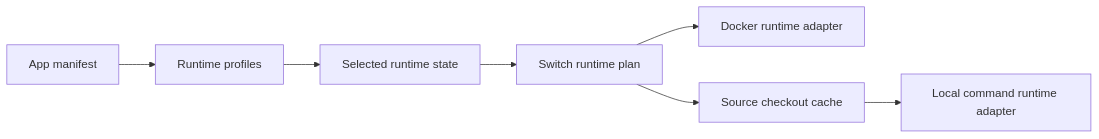
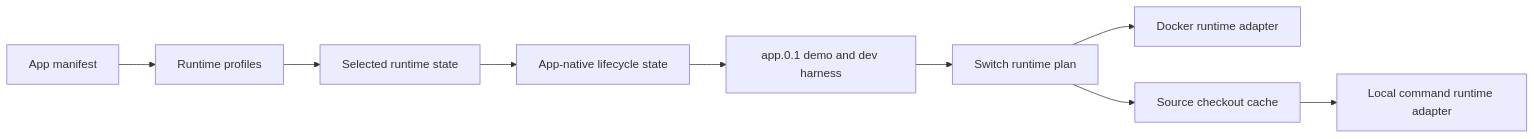
Before and after one commit to alex-de-haas/docker-host: the diagram in docs/planning/runtime-profiles-and-source-runtimes.md, drawn with Mermaid. The commit also changed other lines of this file and 21 other files, not shown here.

Commit message:
Refactor app lifecycle storage into apps.json

````diff
--- a/docs/planning/runtime-profiles-and-source-runtimes.md
+++ b/docs/planning/runtime-profiles-and-source-runtimes.md
@@ -17,9 +19,11 @@
 ```mermaid
 flowchart LR
   A["App manifest"] --> B["Runtime profiles"]
   B --> C["Selected runtime state"]
-  C --> D["Switch runtime plan"]
+  C --> L["App-native lifecycle state"]
+  L --> M["app.0.1 demo and dev harness"]
+  M --> D["Switch runtime plan"]
   D --> E["Docker runtime adapter"]
   D --> F["Source checkout cache"]
   F --> G["Local command runtime adapter"]
 ```
````
